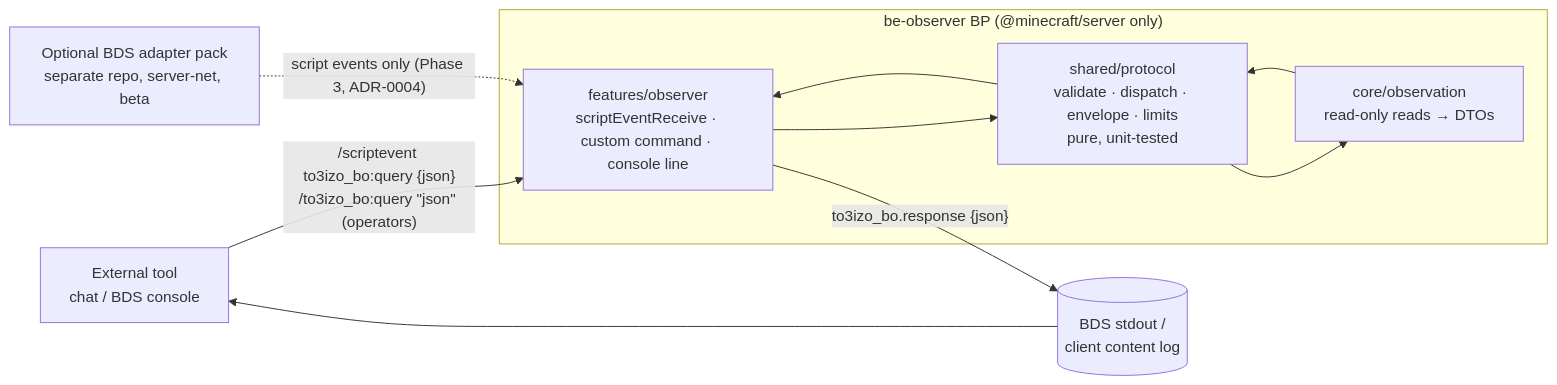
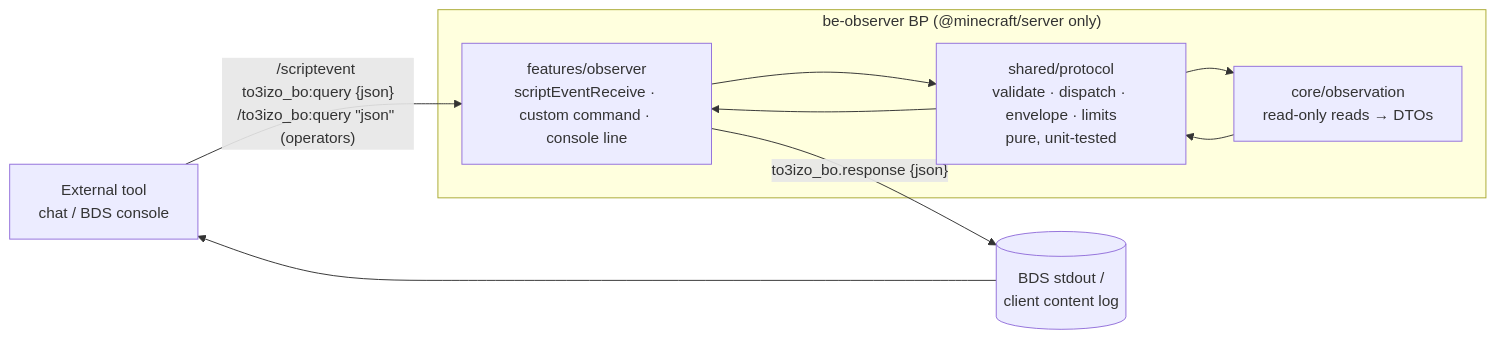
One commit to to3izo/mc-addon-be-observer changed the fourth of 4 diagrams in docs/ARCHITECTURE.md. Above: the diagram before and after it, drawn with Mermaid. The commit also changed other lines of this file and 13 other files, not shown here.

First line of the commit message:
docs: reject the server-net network adapter and close Phase 3

````diff
--- a/docs/ARCHITECTURE.md
+++ b/docs/ARCHITECTURE.md
@@ -140,14 +140,13 @@
 ```mermaid
 flowchart LR
   T[External tool<br/>chat / BDS console] -- "/scriptevent to3izo_bo:query {json}<br/>/to3izo_bo:query &quot;json&quot; (operators)" --> IO
   subgraph BP["be-observer BP (@minecraft/server only)"]
     IO[features/observer<br/>scriptEventReceive · custom command · console line]
     P[shared/protocol<br/>validate · dispatch · envelope · limits<br/>pure, unit-tested]
     C[core/observation<br/>read-only reads → DTOs]
     IO --> P --> C
     C --> P --> IO
   end
   IO -- "to3izo_bo.response {json}" --> LOG[(BDS stdout /<br/>client content log)]
   LOG --> T
-  A[Optional BDS adapter pack<br/>separate repo, server-net, beta] -. "script events only (Phase 3, ADR-0004)" .-> IO
 ```
````
